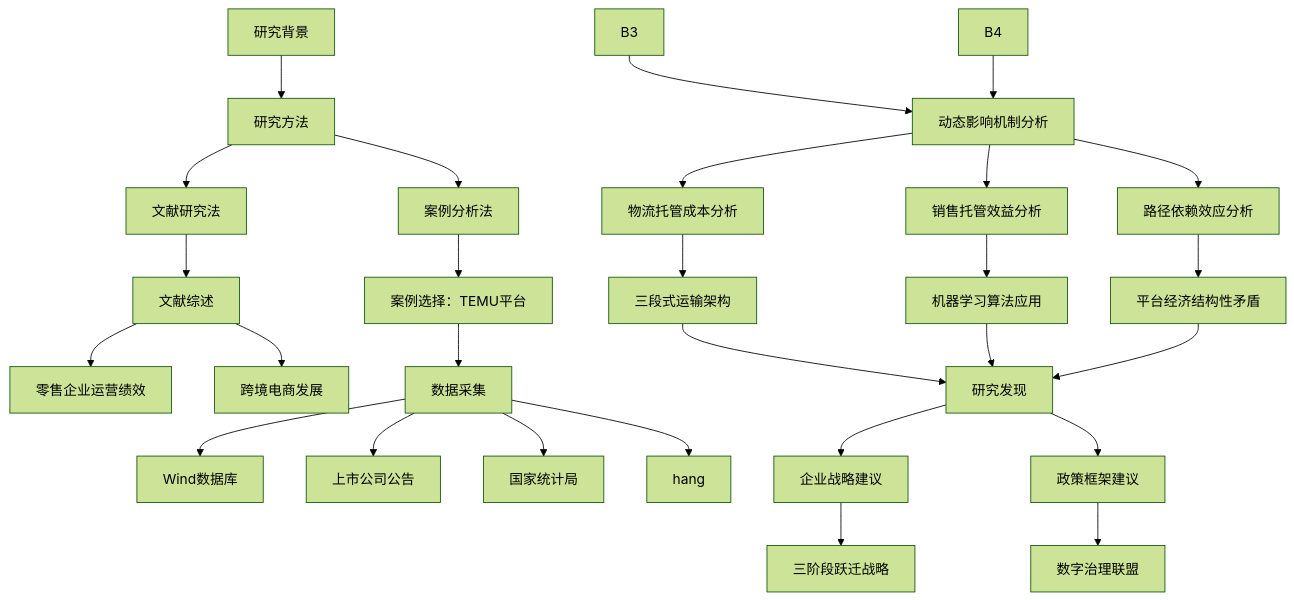
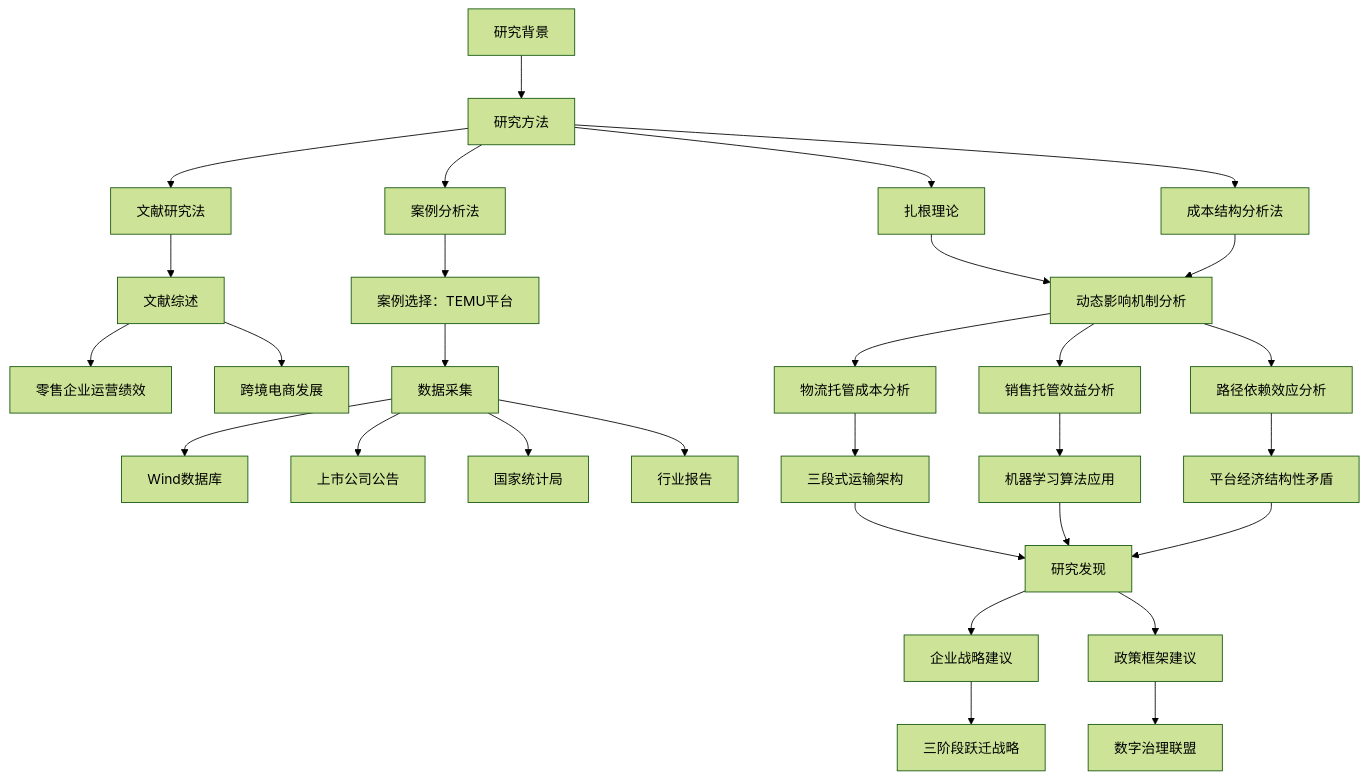
One commit to Zora0203/iodraw-files changed the diagram in all/未命名.md. Above: the diagram before and after it, drawn with Mermaid (forest theme).

Commit message:
2025-03-02 19:26:46 update

````diff
--- a/all/未命名.md
+++ b/all/未命名.md
@@ -1,37 +1,39 @@
 ```mermaid
 graph TD
     A[研究背景] --> B[研究方法]
     B --> B1[文献研究法]
     B --> B2[案例分析法]
+        B --> B3[扎根理论]
+    B --> B4[成本结构分析法]
 
     
     B1 --> C[文献综述]
     C --> C1[零售企业运营绩效]
     C --> C2[跨境电商发展]
 
     
     B2 --> D[案例选择：TEMU平台]
     D --> D1[数据采集]
     D1 --> D11[Wind数据库]
     D1 --> D12[上市公司公告]
     D1 --> D13[国家统计局]
-    D1 --> D14[hang]
+    D1 --> D14[行业报告]
     
     B3 & B4 --> E[动态影响机制分析]
     E --> E1[物流托管成本分析]
     E --> E2[销售托管效益分析]
     E --> E3[路径依赖效应分析]
     
     E1 --> F[三段式运输架构]
     E2 --> G[机器学习算法应用]
     E3 --> H[平台经济结构性矛盾]
     
     F & G & H --> I[研究发现]
     I --> J[企业战略建议]
     I --> K[政策框架建议]
     
     J --> J1[三阶段跃迁战略]
     K --> K1[数字治理联盟]
     
 
 ```
````
